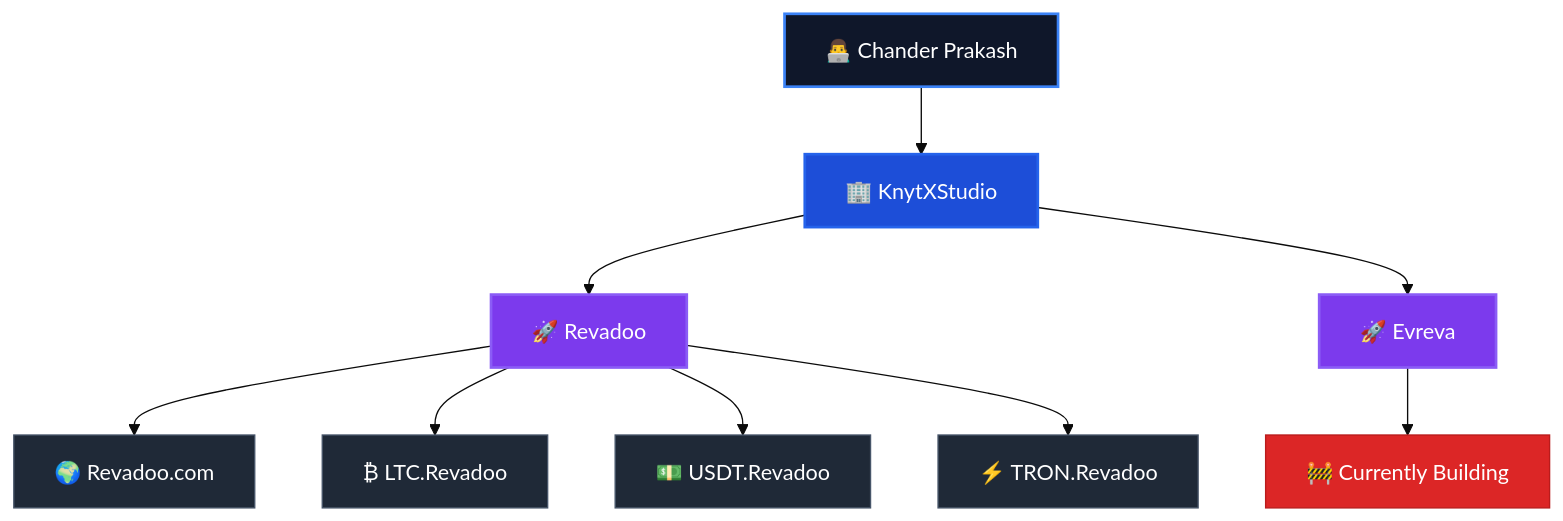
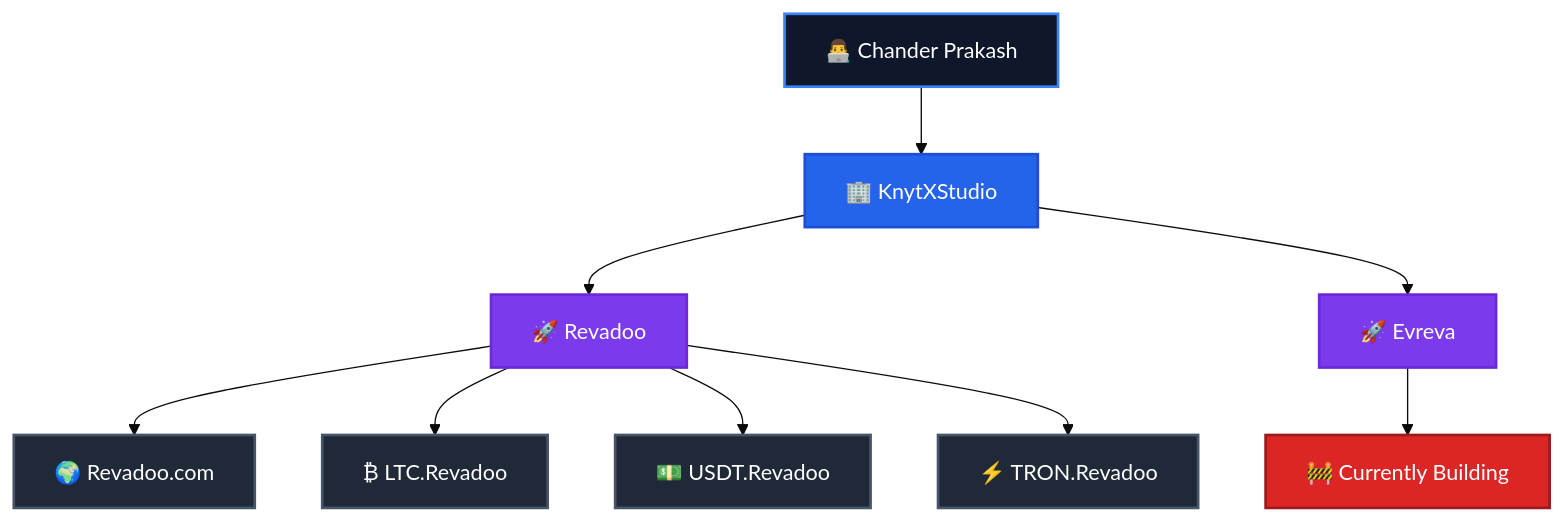
The diagram in README.md (chander20256/chander20256), drawn with Mermaid (base theme) before and after one commit. The commit also changed other lines of this file, not shown here.

````diff
--- a/README.md
+++ b/README.md
@@ -37,50 +27,50 @@
 ```mermaid
 flowchart TB
 
     %% Founder
     CP["👨‍💻 Chander Prakash"]
 
     %% Studio
     KS["🏢 KnytXStudio"]
 
-    %% Projects
+    %% Main Projects
     REV["🚀 Revadoo"]
     EV["🚀 Evreva"]
 
     %% Revadoo Products
     MAIN["🌍 Revadoo.com"]
     LTC["₿ LTC.Revadoo"]
     USDT["💵 USDT.Revadoo"]
     TRON["⚡ TRON.Revadoo"]
 
-    %% Status
+    %% Evreva Status
     BUILD["🚧 Currently Building"]
 
     %% Connections
 
     CP --> KS
 
     KS --> REV
     KS --> EV
 
     REV --> MAIN
     REV --> LTC
     REV --> USDT
     REV --> TRON
 
     EV --> BUILD
 
-    %% Colors
+    %% Styling
 
-    classDef founder fill:#0F172A,stroke:#3B82F6,color:#ffffff,stroke-width:2px
-    classDef studio fill:#1D4ED8,stroke:#2563EB,color:#ffffff,stroke-width:2px
-    classDef product fill:#7C3AED,stroke:#8B5CF6,color:#ffffff,stroke-width:2px
-    classDef portal fill:#1F2937,stroke:#475569,color:#ffffff
-    classDef status fill:#DC2626,stroke:#B91C1C,color:#ffffff
+    classDef founder fill:#0F172A,color:#ffffff,stroke:#3B82F6,stroke-width:2px;
+    classDef studio fill:#2563EB,color:#ffffff,stroke:#1D4ED8,stroke-width:2px;
+    classDef project fill:#7C3AED,color:#ffffff,stroke:#6D28D9,stroke-width:2px;
+    classDef portal fill:#1F2937,color:#ffffff,stroke:#475569,stroke-width:2px;
+    classDef status fill:#DC2626,color:#ffffff,stroke:#991B1B,stroke-width:2px;
 
-    class CP founder
-    class KS studio
-    class REV,EV product
-    class MAIN,LTC,USDT,TRON portal
-    class BUILD status
+    class CP founder;
+    class KS studio;
+    class REV,EV project;
+    class MAIN,LTC,USDT,TRON portal;
+    class BUILD status;
 ```
````
